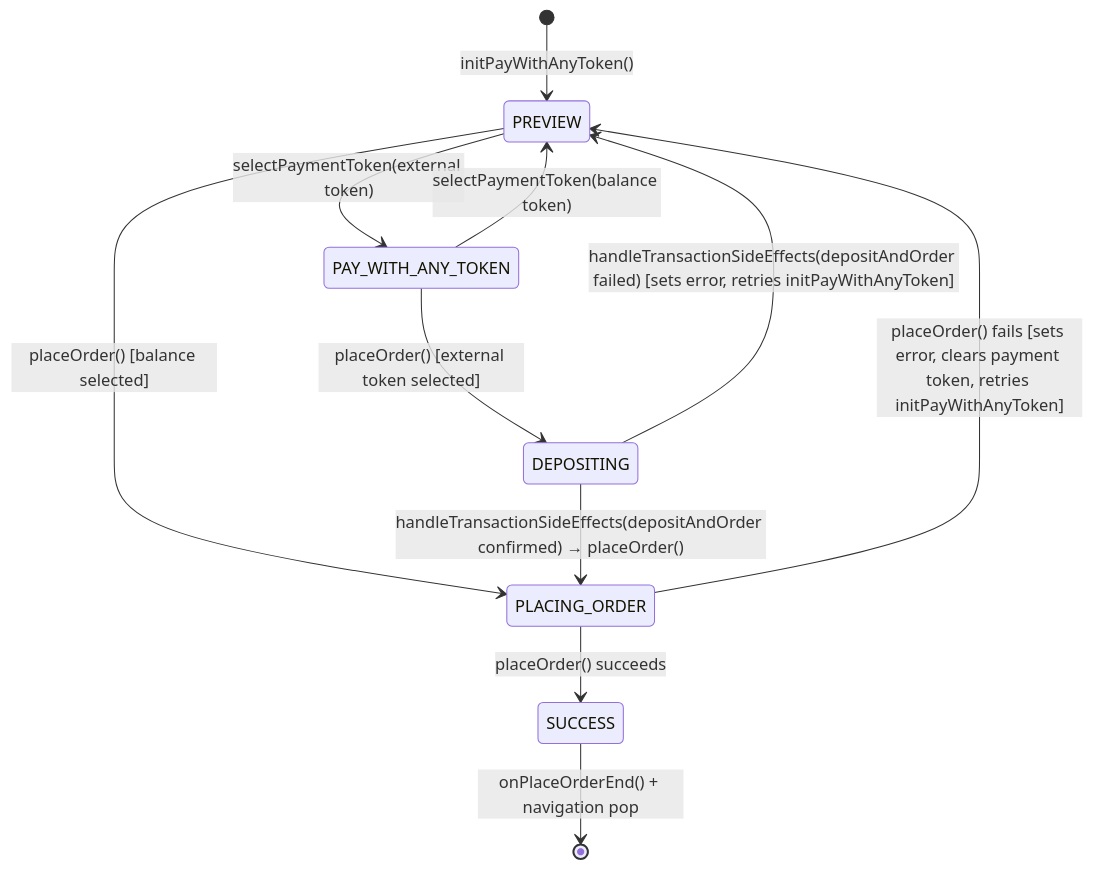
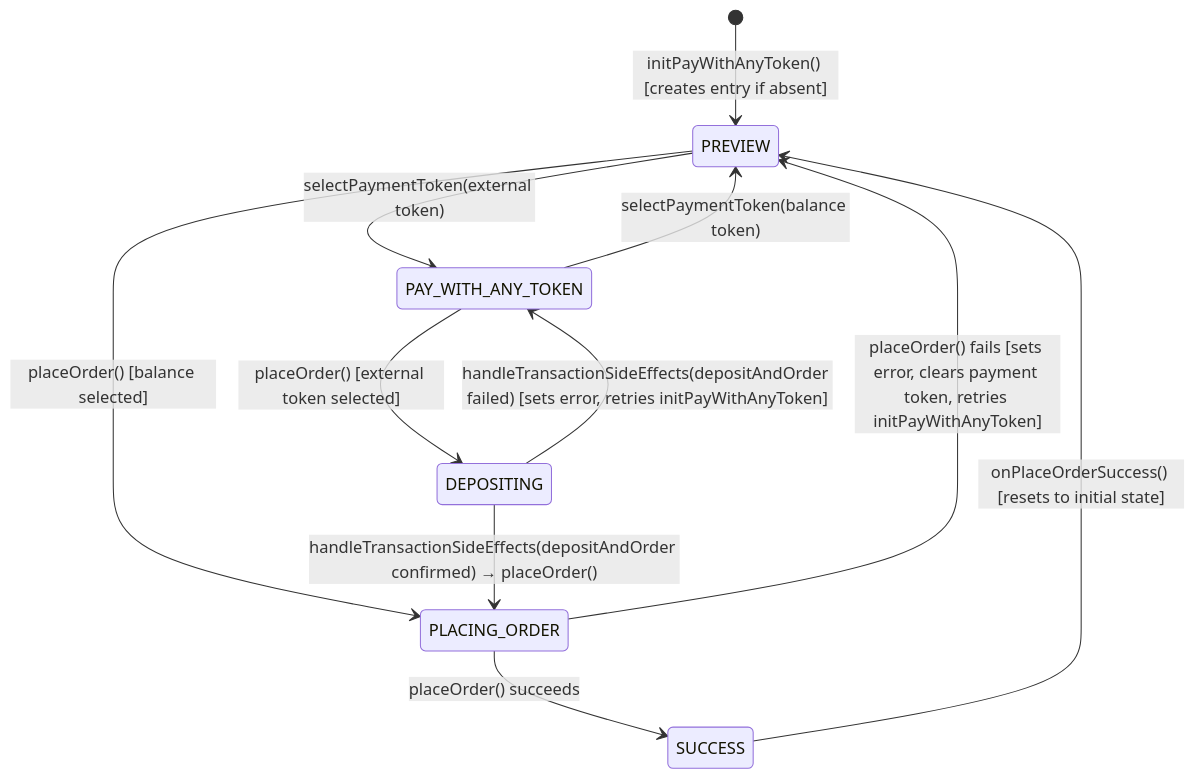
Before and after one commit to MetaMask/metamask-mobile: the diagram in app/components/UI/Predict/README.md, drawn with Mermaid. The commit also changed other lines of this file, not shown here.

````diff
--- a/app/components/UI/Predict/README.md
+++ b/app/components/UI/Predict/README.md
@@ -205,18 +211,18 @@
 ```mermaid
 stateDiagram-v2
-    [*] --> PREVIEW: initPayWithAnyToken()
+    [*] --> PREVIEW: initPayWithAnyToken() [creates entry if absent]
 
     PREVIEW --> PAY_WITH_ANY_TOKEN: selectPaymentToken(external token)
     PAY_WITH_ANY_TOKEN --> PREVIEW: selectPaymentToken(balance token)
 
     PREVIEW --> PLACING_ORDER: placeOrder() [balance selected]
     PAY_WITH_ANY_TOKEN --> DEPOSITING: placeOrder() [external token selected]
 
     DEPOSITING --> PLACING_ORDER: handleTransactionSideEffects(depositAndOrder confirmed) → placeOrder()
-    DEPOSITING --> PREVIEW: handleTransactionSideEffects(depositAndOrder failed) [sets error, retries initPayWithAnyToken]
+    DEPOSITING --> PAY_WITH_ANY_TOKEN: handleTransactionSideEffects(depositAndOrder failed) [sets error, retries initPayWithAnyToken]
 
     PLACING_ORDER --> SUCCESS: placeOrder() succeeds
     PLACING_ORDER --> PREVIEW: placeOrder() fails [sets error, clears payment token, retries initPayWithAnyToken]
 
-    SUCCESS --> [*]: onPlaceOrderEnd() + navigation pop
+    SUCCESS --> PREVIEW: onPlaceOrderSuccess() [resets to initial state]
 ```
````
